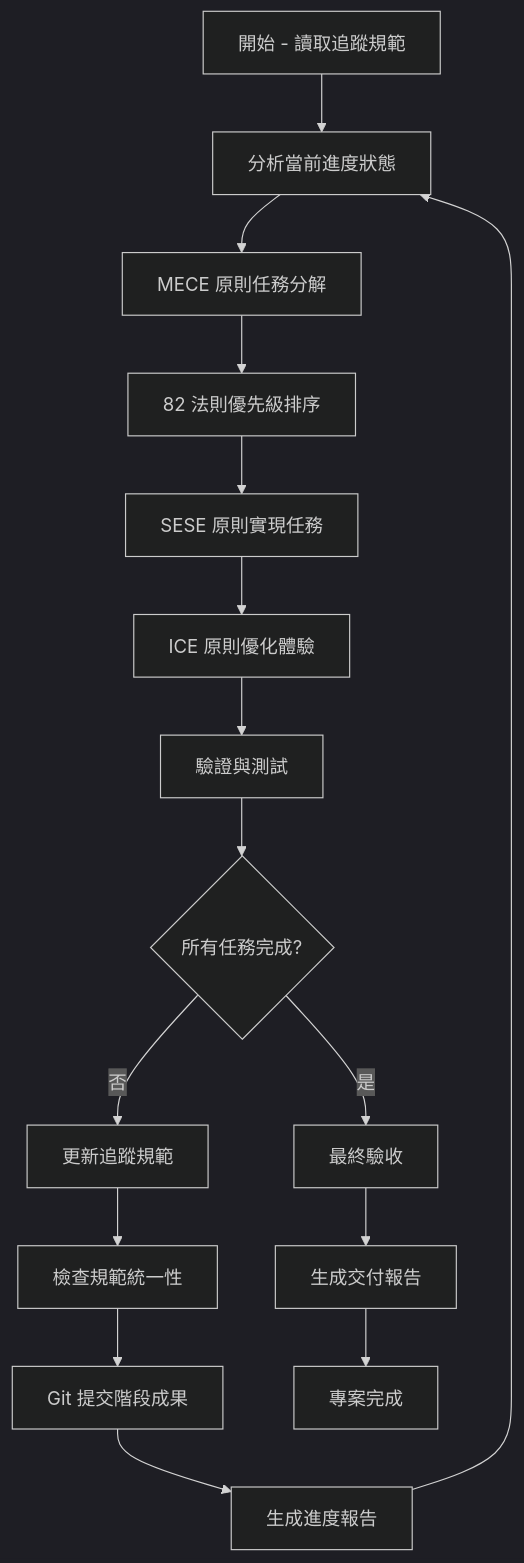
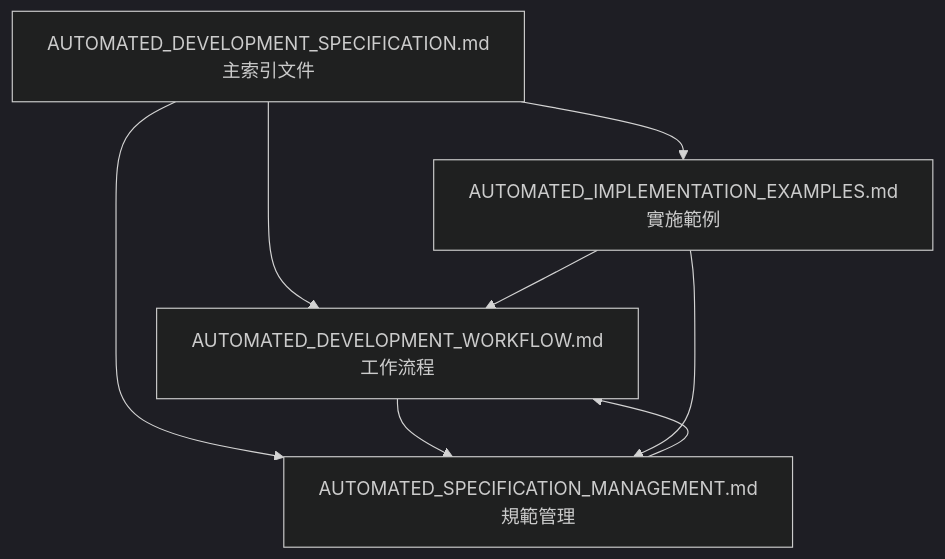
Before and after one commit to Yippine/Rapid-Minutes-Export: the diagram in docs/operations/automation/AUTOMATED_DEVELOPMENT_SPECIFICATION.md, drawn with Mermaid (dark theme). The commit also changed other lines of this file and 3 other files, not shown here.

````diff
--- a/docs/operations/automation/AUTOMATED_DEVELOPMENT_SPECIFICATION.md
+++ b/docs/operations/automation/AUTOMATED_DEVELOPMENT_SPECIFICATION.md
@@ -129,18 +98,10 @@
 ```mermaid
 graph TD
-    A[開始 - 讀取追蹤規範] --> B[分析當前進度狀態]
-    B --> C[MECE 原則任務分解]
-    C --> D[82 法則優先級排序]
-    D --> E[SESE 原則實現任務]
-    E --> F[ICE 原則優化體驗]
-    F --> G[驗證與測試]
-    G --> H{所有任務完成?}
-    H -->|否| I[更新追蹤規範]
-    I --> J[檢查規範統一性]
-    J --> K[Git 提交階段成果]
-    K --> L[生成進度報告]
-    L --> B
-    H -->|是| M[最終驗收]
-    M --> N[生成交付報告]
-    N --> O[專案完成]
+    A[AUTOMATED_DEVELOPMENT_SPECIFICATION.md<br/>主索引文件] --> B[AUTOMATED_DEVELOPMENT_WORKFLOW.md<br/>工作流程]
+    A --> C[AUTOMATED_SPECIFICATION_MANAGEMENT.md<br/>規範管理]
+    A --> D[AUTOMATED_IMPLEMENTATION_EXAMPLES.md<br/>實施範例]
+    B --> C
+    C --> B
+    D --> B
+    D --> C
 ```
````
